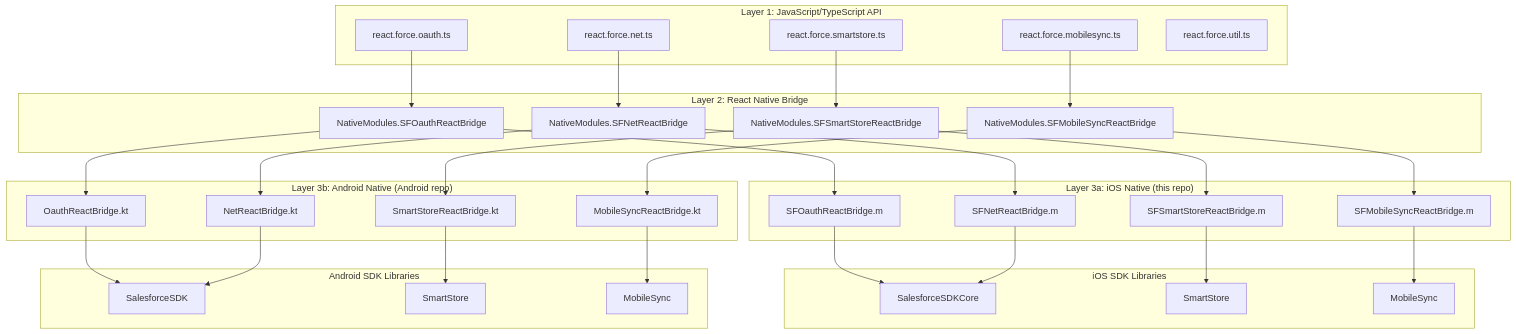
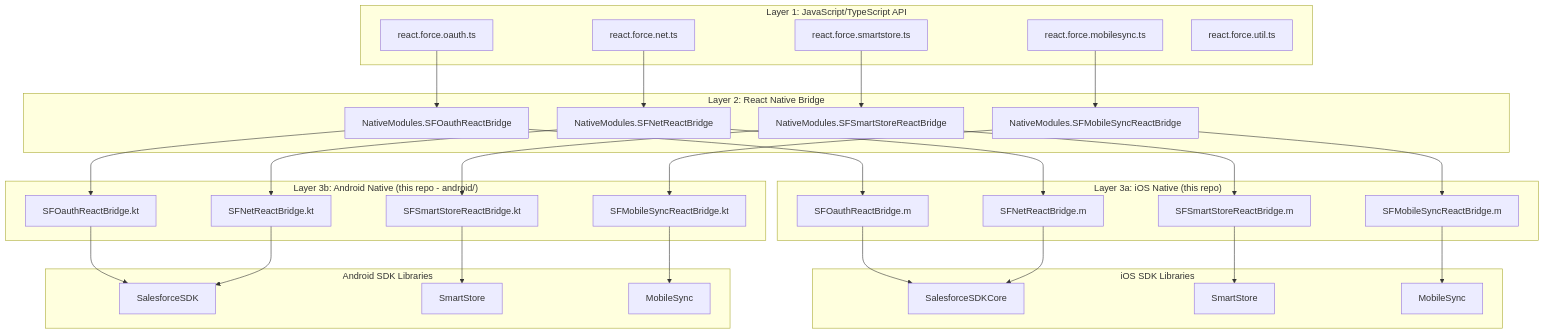
One commit to wmathurin/SalesforceMobileSDK-ReactNative changed the first of 8 diagrams in docs/ARCHITECTURE.md. Above: the diagram before and after it, drawn with Mermaid. The commit also changed other lines of this file and 1 other file, not shown here.

Commit message:
Update docs: Android bridge now in this repo, unified module names

````diff
--- a/docs/ARCHITECTURE.md
+++ b/docs/ARCHITECTURE.md
@@ -29,67 +29,67 @@
 ```mermaid
 graph TB
     subgraph "Layer 1: JavaScript/TypeScript API"
         A[react.force.oauth.ts]
         B[react.force.net.ts]
         C[react.force.smartstore.ts]
         D[react.force.mobilesync.ts]
         E[react.force.util.ts]
     end
     
     subgraph "Layer 2: React Native Bridge"
         F[NativeModules.SFOauthReactBridge]
         G[NativeModules.SFNetReactBridge]
         H[NativeModules.SFSmartStoreReactBridge]
         I[NativeModules.SFMobileSyncReactBridge]
     end
     
     subgraph "Layer 3a: iOS Native (this repo)"
         J[SFOauthReactBridge.m]
         K[SFNetReactBridge.m]
         L[SFSmartStoreReactBridge.m]
         M[SFMobileSyncReactBridge.m]
     end
     
-    subgraph "Layer 3b: Android Native (Android repo)"
-        N[OauthReactBridge.kt]
-        O[NetReactBridge.kt]
-        P[SmartStoreReactBridge.kt]
-        Q[MobileSyncReactBridge.kt]
+    subgraph "Layer 3b: Android Native (this repo - android/)"
+        N[SFOauthReactBridge.kt]
+        O[SFNetReactBridge.kt]
+        P[SFSmartStoreReactBridge.kt]
+        Q[SFMobileSyncReactBridge.kt]
     end
     
     subgraph "iOS SDK Libraries"
         R[SalesforceSDKCore]
         S[SmartStore]
         T[MobileSync]
     end
     
     subgraph "Android SDK Libraries"
         U[SalesforceSDK]
         V[SmartStore]
         W[MobileSync]
     end
     
     A --> F
     B --> G
     C --> H
     D --> I
     
     F --> J
     F --> N
     G --> K
     G --> O
     H --> L
     H --> P
     I --> M
     I --> Q
     
     J --> R
     K --> R
     L --> S
     M --> T
     
     N --> U
     O --> U
     P --> V
     Q --> W
 ```
````
